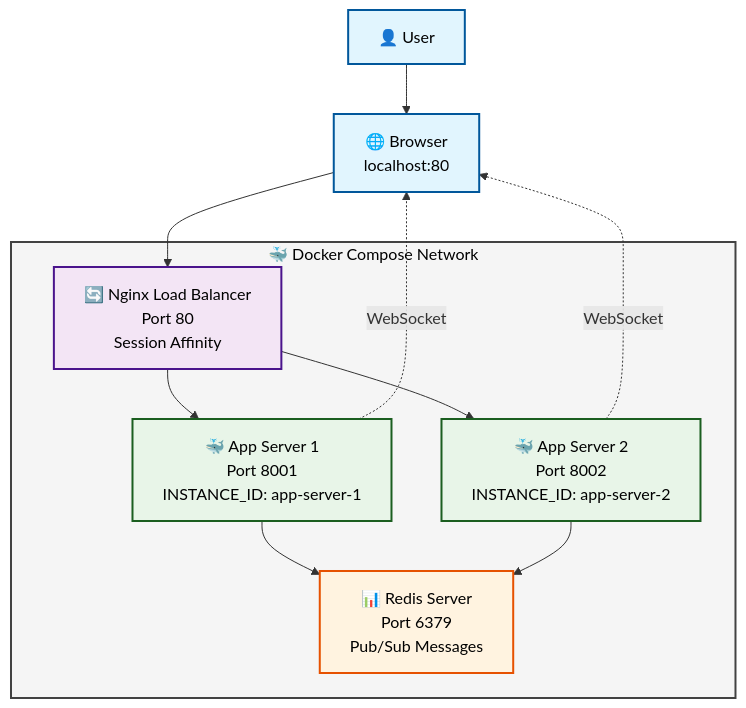
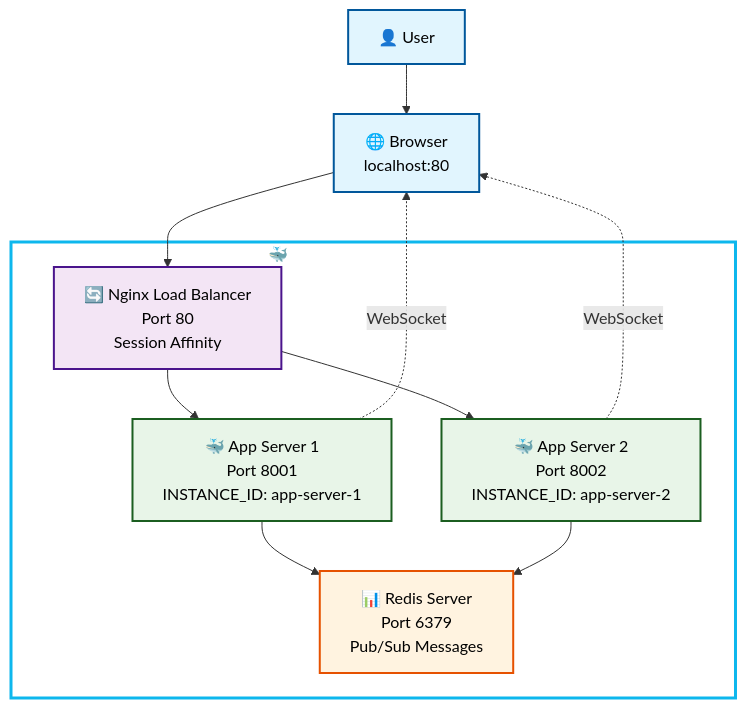
One commit to Jilan5/scaling-websocket-with-AWS-ALB changed the diagram in README.md. Above: the diagram before and after it, drawn with Mermaid.

````diff
--- a/README.md
+++ b/README.md
@@ -50,42 +50,42 @@
 ```mermaid
 graph TD
     %% User and Browser
     U[👤 User] --> B[🌐 Browser<br/>localhost:80]
     
     %% Nginx Load Balancer
     B --> N[🔄 Nginx Load Balancer<br/>Port 80<br/>Session Affinity]
     
     %% App Servers
     N --> A1[🐳 App Server 1<br/>Port 8001<br/>INSTANCE_ID: app-server-1]
     N --> A2[🐳 App Server 2<br/>Port 8002<br/>INSTANCE_ID: app-server-2]
     
     %% Redis Server
     A1 --> R[📊 Redis Server<br/>Port 6379<br/>Pub/Sub Messages]
     A2 --> R
     
     %% WebSocket Connections
     A1 -.->|WebSocket| B
     A2 -.->|WebSocket| B
     
     %% Docker Network
     subgraph Docker["🐳 Docker Compose Network"]
         N
         A1
         A2
         R
     end
     
     %% Styling
     classDef userStyle fill:#e1f5fe,stroke:#01579b,stroke-width:2px,color:#000
     classDef loadBalancer fill:#f3e5f5,stroke:#4a148c,stroke-width:2px,color:#000
     classDef appServer fill:#e8f5e8,stroke:#1b5e20,stroke-width:2px,color:#000
     classDef redis fill:#fff3e0,stroke:#e65100,stroke-width:2px,color:#000
-    classDef docker fill:#f5f5f5,stroke:#424242,stroke-width:2px,color:#000
+    classDef docker fill:none,stroke:#0db7ed,stroke-width:3px,color:#fff
     
     class U,B userStyle
     class N loadBalancer
     class A1,A2 appServer
     class R redis
     class Docker docker
 
 ```
````
